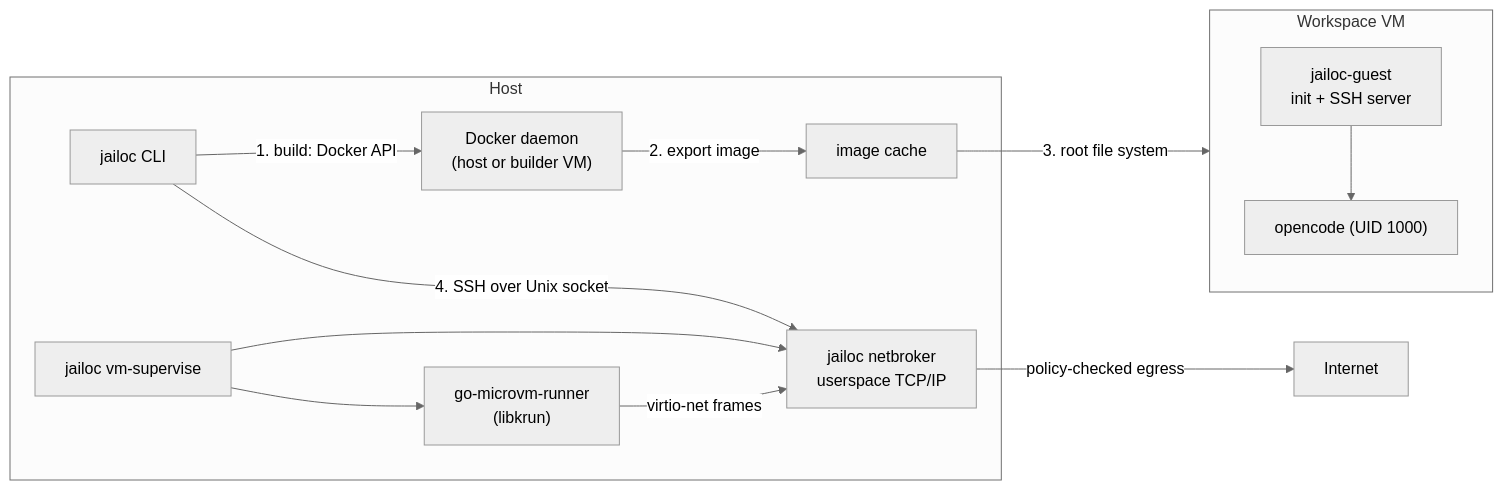
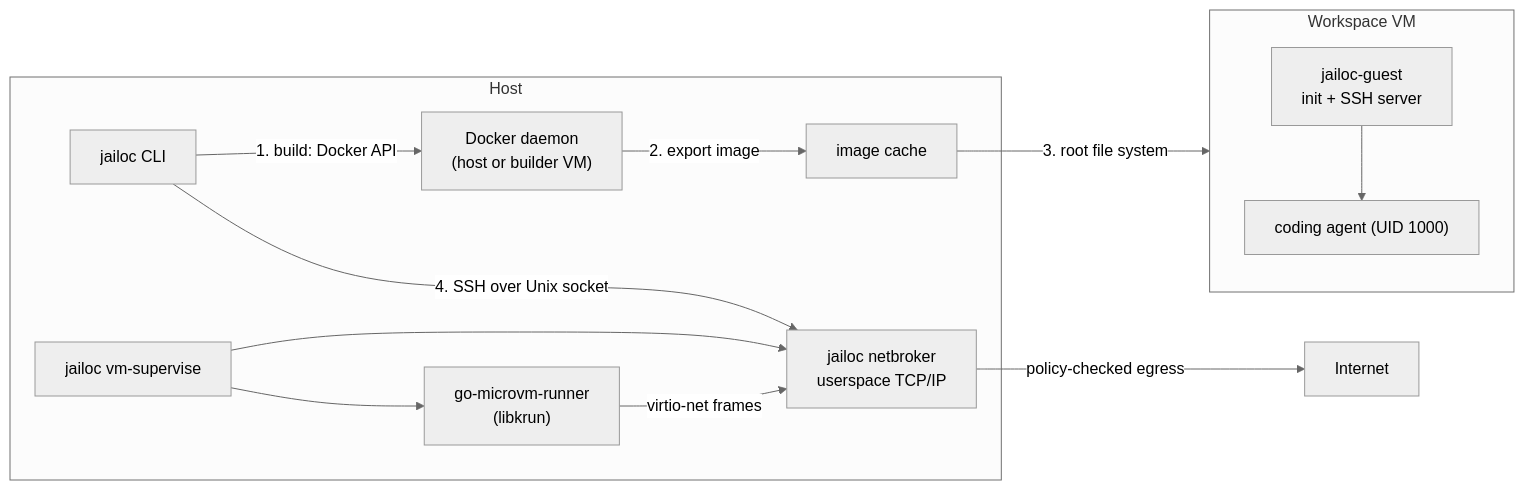
Before and after one commit to seznam/jailoc: the diagram in docs/explanation/architecture.md, drawn with Mermaid (neutral theme). The commit also changed other lines of this file and 43 other files, not shown here.

````diff
--- a/docs/explanation/architecture.md
+++ b/docs/explanation/architecture.md
@@ -5,24 +5,24 @@
 ```mermaid
 flowchart LR
   subgraph host["Host"]
     jailoc["jailoc CLI"]
     sup["jailoc vm-supervise"]
     broker["jailoc netbroker<br/>userspace TCP/IP"]
     runner["go-microvm-runner<br/>(libkrun)"]
     cache["image cache"]
     dockerd["Docker daemon<br/>(host or builder VM)"]
   end
   subgraph vm["Workspace VM"]
     guest["jailoc-guest<br/>init + SSH server"]
-    agent["opencode (UID 1000)"]
+    agent["coding agent (UID 1000)"]
   end
   jailoc -- "1. build: Docker API" --> dockerd
   dockerd -- "2. export image" --> cache
   cache -- "3. root file system" --> vm
   jailoc -- "4. SSH over Unix socket" --> broker
   sup --> broker
   sup --> runner
   runner -- "virtio-net frames" --> broker
   broker -- "policy-checked egress" --> internet["Internet"]
   guest --> agent
 ```
````
